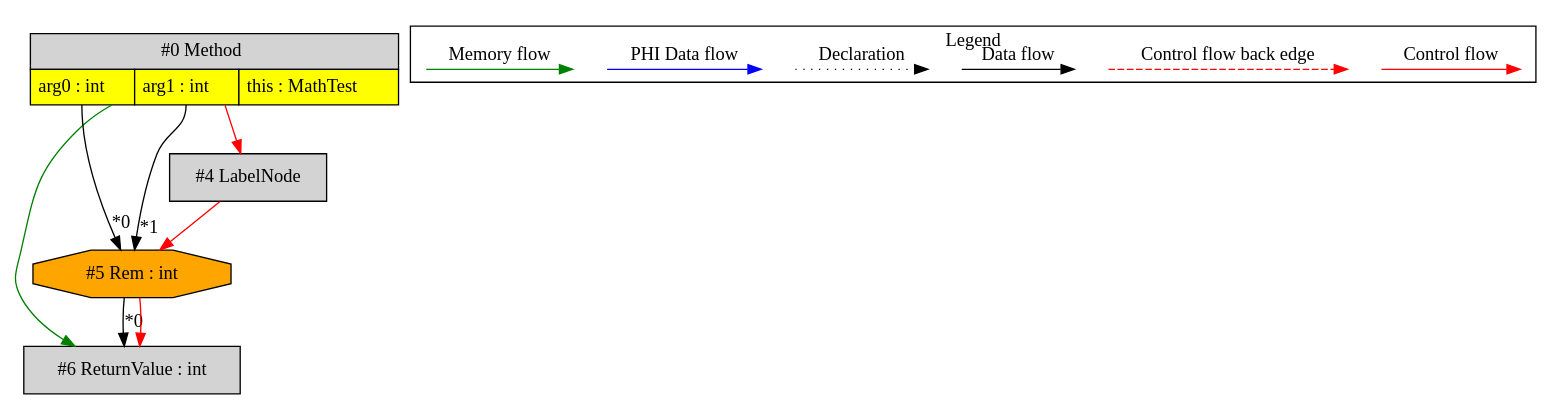
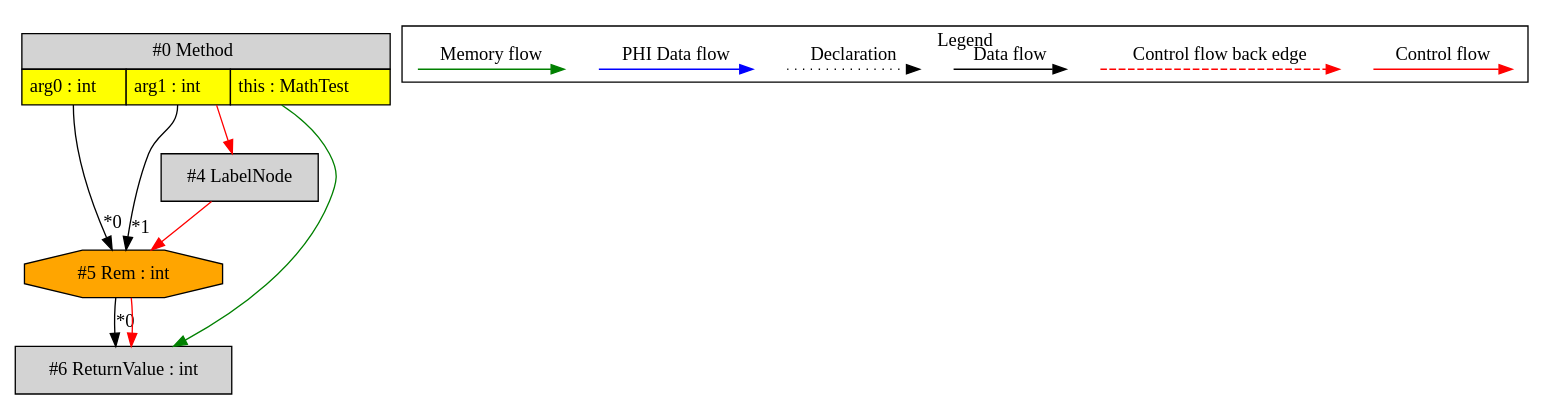
One commit to mirkosertic/MetaIR changed the diagram in de.mirkosertic.metair.ir.examples.MathTest/irem/ir.dot. Above: the diagram before and after it, drawn with Graphviz. The commit also changed other lines of this file and 1251 other files, not shown here.

```diff
--- a/de.mirkosertic.metair.ir.examples.MathTest/irem/ir.dot
+++ b/de.mirkosertic.metair.ir.examples.MathTest/irem/ir.dot
@@ -1,40 +1,40 @@
 digraph {
  ordering="in";
  node0[margin="0", label=<<table border="0" cellborder="1" cellspacing="0" cellpadding="5"><tr><td colspan="3">#0 Method</td></tr><tr><td port="prj1" bgcolor="yellow">arg0 : int</td><td port="prj2" bgcolor="yellow">arg1 : int</td><td port="prj3" bgcolor="yellow">this : MathTest</td></tr></table>>,shape=none, fillcolor=lightgrey, style=filled];
- node6[label="#6 ReturnValue : int",shape=box, fillcolor=lightgrey, style=filled];
- node5 -> node6[headlabel="*0", labeldistance=2];
- node5 -> node6[labeldistance=2, color=red, fontcolor=red];
- node0 -> node6[labeldistance=2, color=green, constraint=false];
  node5[label="#5 Rem : int",shape=octagon, fillcolor=orange, style=filled];
  node0:prj1 -> node5[headlabel="*0", labeldistance=2];
  node0:prj2 -> node5[headlabel="*1", labeldistance=2];
  node4 -> node5[labeldistance=2, color=red, fontcolor=red];
  node4[label="#4 LabelNode",shape=box, fillcolor=lightgrey, style=filled];
  node0 -> node4[labeldistance=2, color=red, fontcolor=red];
+ node6[label="#6 ReturnValue : int",shape=box, fillcolor=lightgrey, style=filled];
+ node5 -> node6[headlabel="*0", labeldistance=2];
+ node5 -> node6[labeldistance=2, color=red, fontcolor=red];
+ node0 -> node6[labeldistance=2, color=green, constraint=false];
  subgraph cluster_000 {
   label = "Legend";
   node [shape=point]
   {
    rank=same;
    c0 [style = invis];
    c1 [style = invis];
    c2 [style = invis];
    c3 [style = invis];
    d0 [style = invis];
    d1 [style = invis];
    d2 [style = invis];
    d3 [style = invis];
    d4 [style = invis];
    d5 [style = invis];
    d6 [style = invis];
    d7 [style = invis];
   }
   c0 -> c1 [label="Control flow", style=solid, color=red]
   c2 -> c3 [label="Control flow back edge", style=dashed, color=red]
   d0 -> d1 [label="Data flow"]
   d2 -> d3 [label="Declaration", style=dotted]
   d4 -> d5 [label="PHI Data flow", color=blue]
   d6 -> d7 [label="Memory flow", color=green]
  }
 
 }
```
